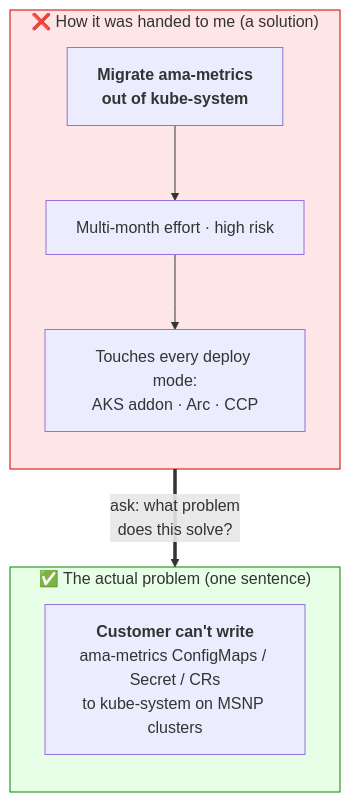
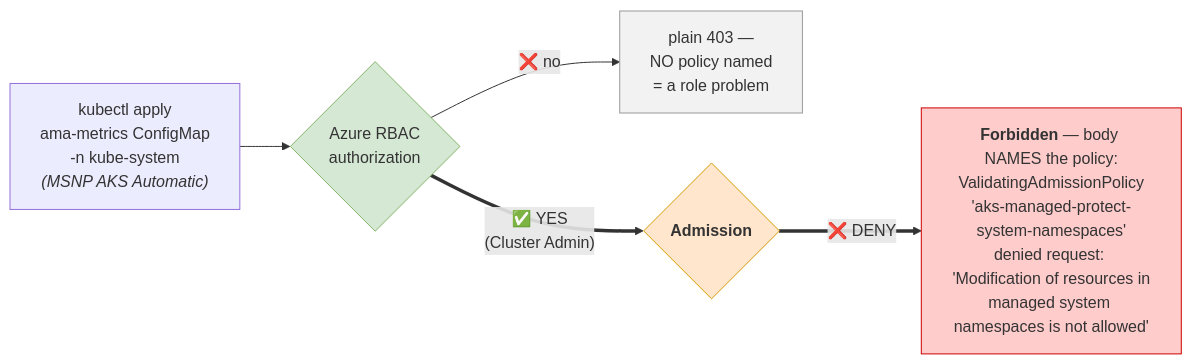
Before and after one commit to Azure/prometheus-collector: the fifth of 11 diagrams in custom-ns/doc/automatic-investigation/aks-vap-demo-diagrams.md, drawn with Mermaid. The commit also changed other lines of this file, not shown here.

First line of the commit message:
docs(custom-ns): restructure VAP demo diagrams for a cold audience

````diff
--- a/custom-ns/doc/automatic-investigation/aks-vap-demo-diagrams.md
+++ b/custom-ns/doc/automatic-investigation/aks-vap-demo-diagrams.md
@@ -106,20 +127,12 @@
 ```mermaid
-flowchart TB
-    subgraph Proposed["❌ How it was handed to me (a solution)"]
-        direction TB
-        P1["<b>Migrate ama-metrics<br/>out of kube-system</b>"]
-        P2["Multi-month effort · high risk"]
-        P3["Touches every deploy mode:<br/>AKS addon · Arc · CCP"]
-        P1 --> P2 --> P3
-    end
+flowchart LR
+    U["kubectl apply<br/>ama-metrics ConfigMap<br/>-n kube-system<br/><i>(MSNP AKS Automatic)</i>"] --> Z{"Azure RBAC<br/>authorization"}
+    Z -->|"❌ no"| RB["plain 403 —<br/>NO policy named<br/>= a role problem"]
+    Z ==>|"✅ YES<br/>(Cluster Admin)"| ADM{"<b>Admission</b>"}
+    ADM ==>|"❌ DENY"| ERR["<b>Forbidden</b> — body NAMES the policy:<br/>ValidatingAdmissionPolicy<br/>'aks-managed-protect-system-namespaces'<br/>denied request: 'Modification of resources in<br/>managed system namespaces is not allowed'"]
 
-    subgraph Real["✅ The actual problem (one sentence)"]
-        direction TB
-        R1["<b>Customer can't write</b><br/>ama-metrics ConfigMaps / Secret / CRs<br/>to kube-system on MSNP clusters"]
-    end
-
-    Proposed == "ask: what problem<br/>does this solve?" ==> Real
-
-    style Proposed fill:#ffe6e6,stroke:#c00
-    style Real fill:#e6ffe6,stroke:#080
+    style Z fill:#d5e8d4,stroke:#82b366
+    style ADM fill:#ffe6cc,stroke:#d79b00
+    style ERR fill:#ffcccc,stroke:#c00
+    style RB fill:#f2f2f2,stroke:#999
 ```
````
